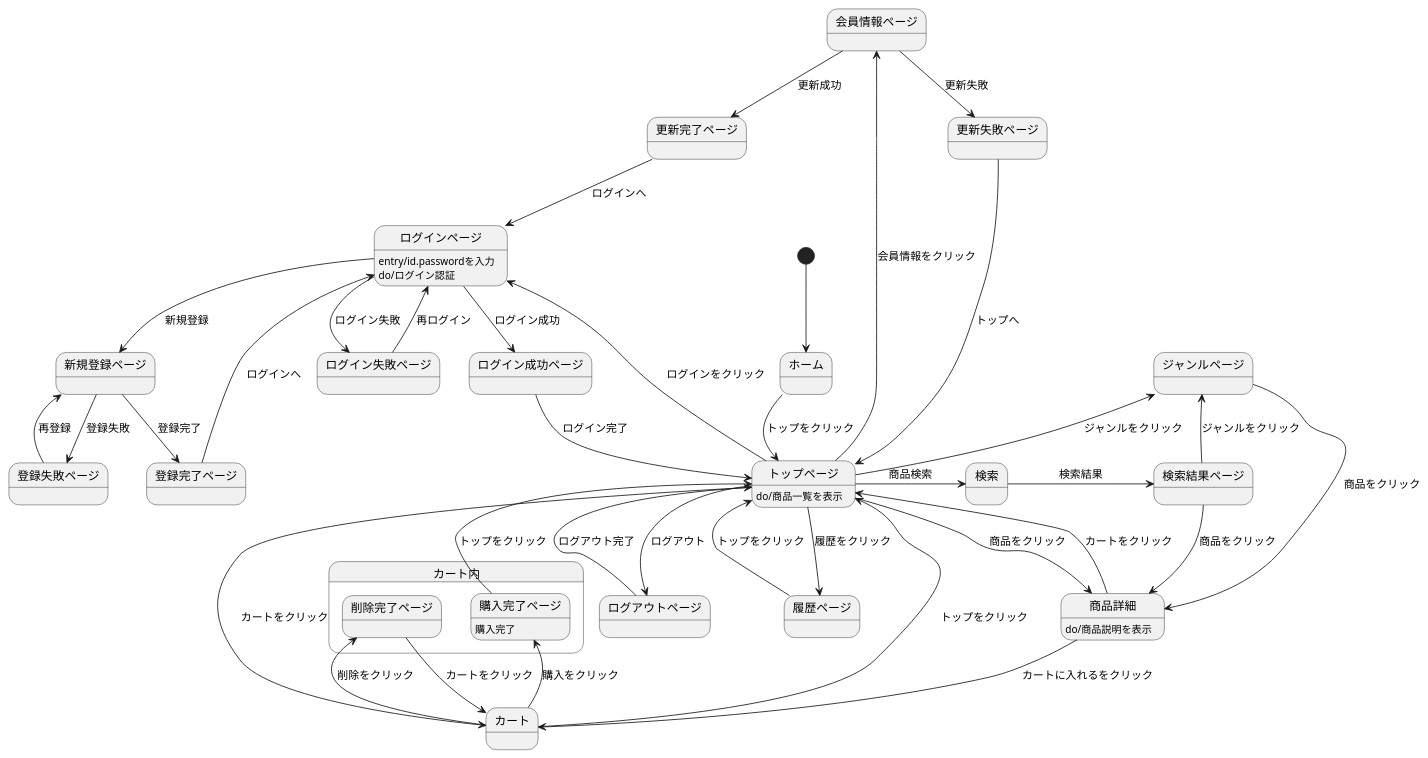
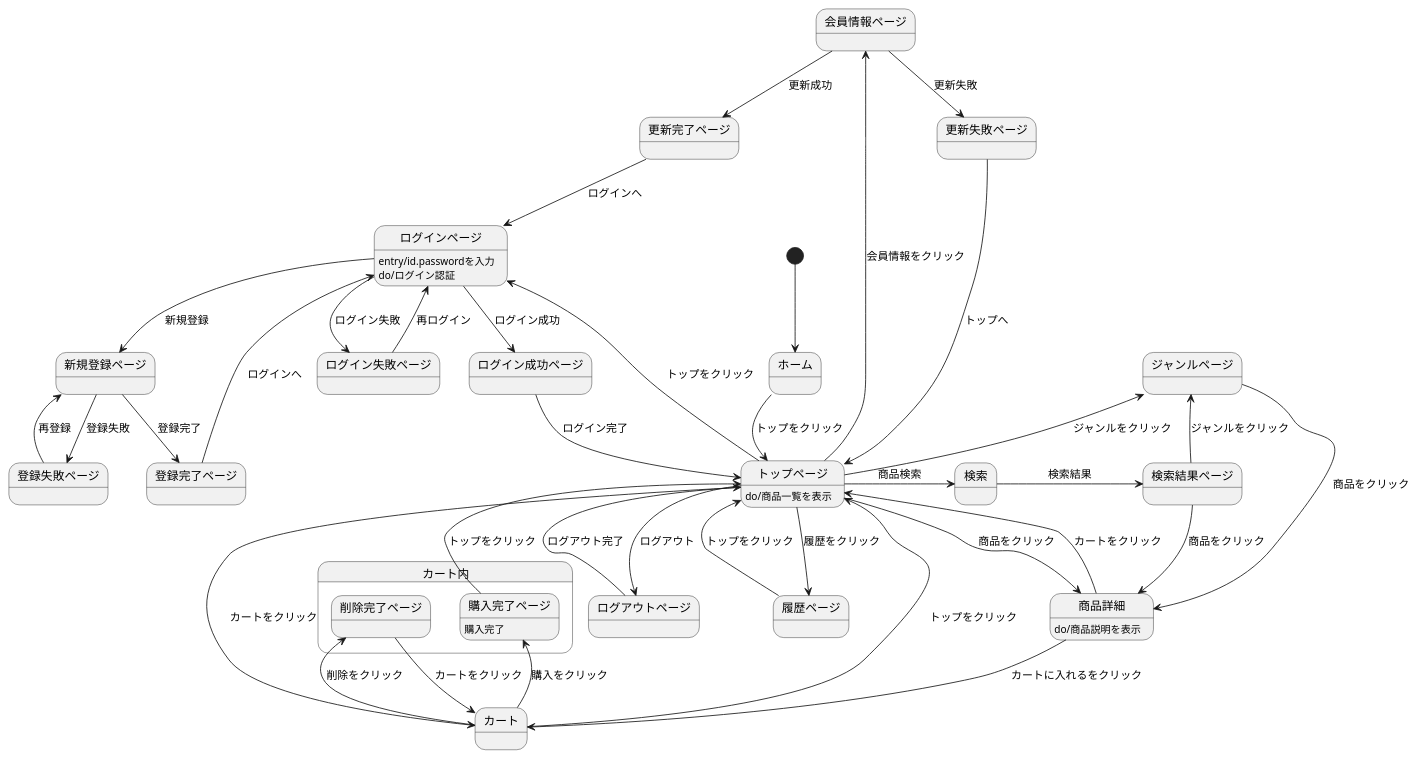
One commit to Aso2001154/2021sys-design changed the diagram in stationary/画面遷移図/transition.md. Above: the diagram before and after it, drawn with PlantUML.

````diff
--- a/stationary/画面遷移図/transition.md
+++ b/stationary/画面遷移図/transition.md
@@ -1,57 +1,57 @@
 ```uml
 @startuml
 [*] --> ホーム
 ホーム --> トップページ : トップをクリック
 トップページ : do/商品一覧を表示
 
-トップページ -left-> ログインページ : ログインをクリック
+トップページ -left-> ログインページ : トップをクリック
 ログインページ : entry/id.passwordを入力
 ログインページ : do/ログイン認証
 ログインページ --> ログイン成功ページ : ログイン成功
 ログイン成功ページ --> トップページ : ログイン完了
 ログインページ --> ログイン失敗ページ : ログイン失敗
 ログイン失敗ページ -left-> ログインページ : 再ログイン
 
 ログインページ --> 新規登録ページ : 新規登録
 新規登録ページ --> 登録完了ページ : 登録完了
 登録完了ページ --> ログインページ : ログインへ
 新規登録ページ --> 登録失敗ページ : 登録失敗
 登録失敗ページ --> 新規登録ページ : 再登録
 
 トップページ -> 検索 : 商品検索
 検索 -> 検索結果ページ : 検索結果
 検索結果ページ --> ジャンルページ : ジャンルをクリック
 検索結果ページ --> 商品詳細 : 商品をクリック
 
 トップページ -> 商品詳細 : 商品をクリック
 トップページ --> カート : カートをクリック
 
 トップページ --> ログアウトページ : ログアウト
 ログアウトページ --> トップページ : ログアウト完了
 
 トップページ --> 履歴ページ : 履歴をクリック
 履歴ページ --> トップページ : トップをクリック
 
 トップページ -left-> 会員情報ページ : 会員情報をクリック
 会員情報ページ --> 更新完了ページ : 更新成功
 更新完了ページ --> ログインページ : ログインへ
 会員情報ページ --> 更新失敗ページ : 更新失敗
 更新失敗ページ --> トップページ : トップへ
 
 トップページ -left-> ジャンルページ :  ジャンルをクリック
 ジャンルページ --> 商品詳細 : 商品をクリック
 
 商品詳細 --> カート : カートに入れるをクリック
 商品詳細 --> トップページ : カートをクリック
 商品詳細 : do/商品説明を表示
 カート -up-> トップページ : トップをクリック
 
 state カート内{
 カート -> 購入完了ページ : 購入をクリック
 カート -left> 削除完了ページ : 削除をクリック
 削除完了ページ --> カート : カートをクリック
 購入完了ページ -> トップページ : トップをクリック
 購入完了ページ : 購入完了
 }
 @enduml
 ```
````
